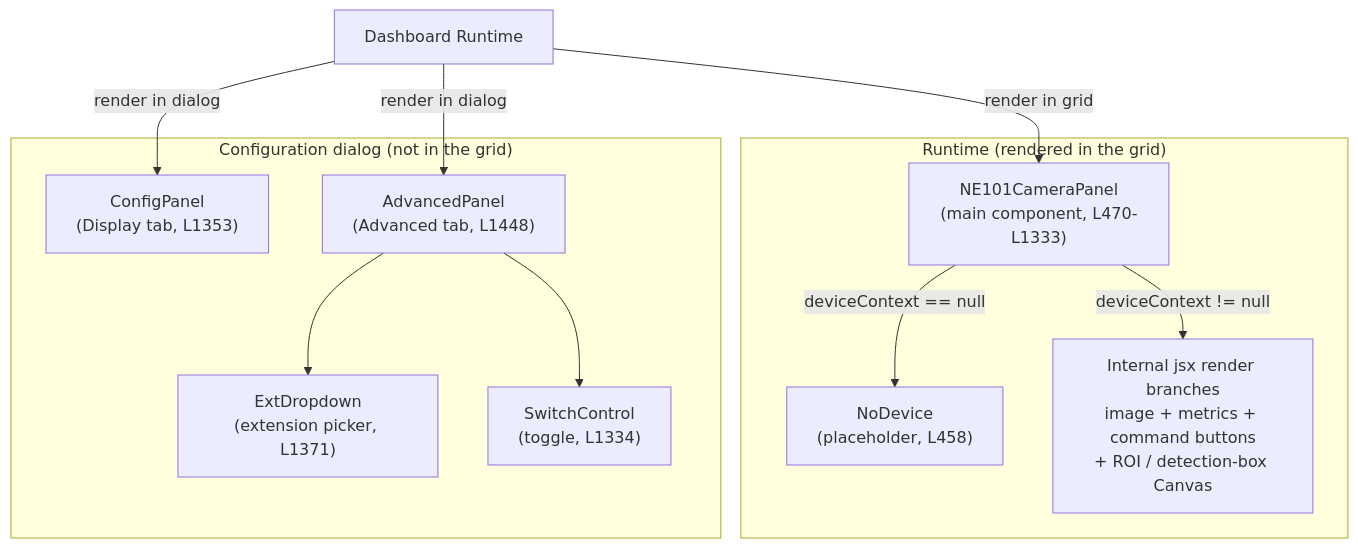
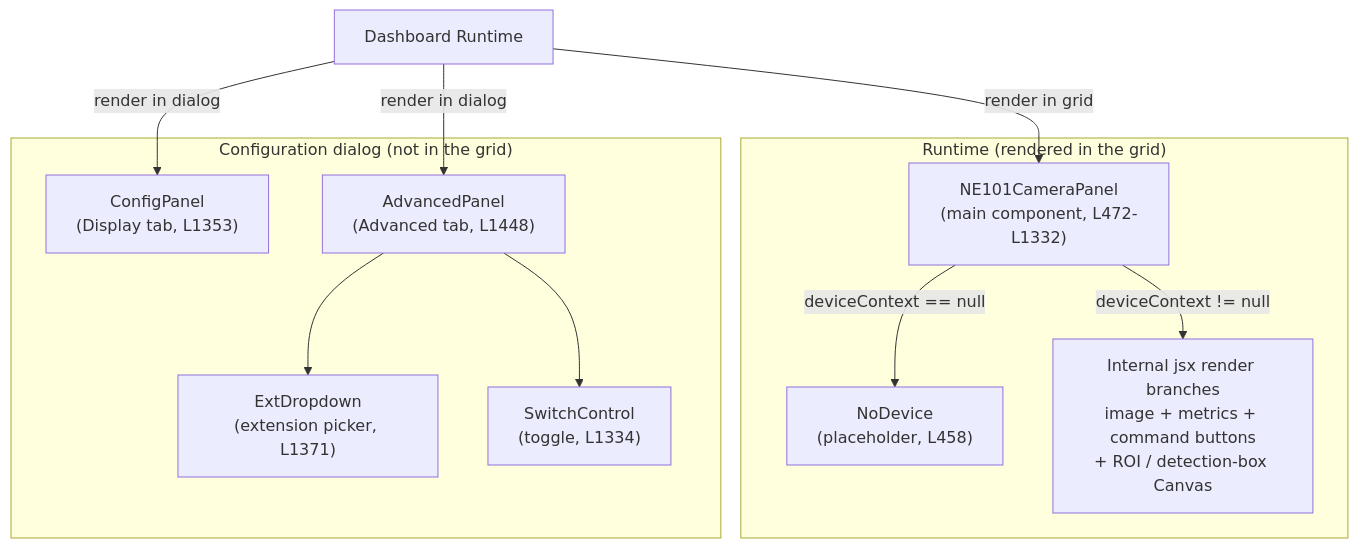
One commit to luommy/wiki-documents changed the second of 3 diagrams in i18n/en/docusaurus-plugin-content-docs/current/0-neomind/developer-guide/case-studies/7-ne101-camera-component/2-architecture.md. Above: the diagram before and after it, drawn with Mermaid. The commit also changed other lines of this file and 10 other files, not shown here.

````diff
--- a/i18n/en/docusaurus-plugin-content-docs/current/0-neomind/developer-guide/case-studies/7-ne101-camera-component/2-architecture.md
+++ b/i18n/en/docusaurus-plugin-content-docs/current/0-neomind/developer-guide/case-studies/7-ne101-camera-component/2-architecture.md
@@ -372,24 +372,24 @@
 ```mermaid
 graph TB
     subgraph RUNTIME["Runtime (rendered in the grid)"]
-        MAIN["NE101CameraPanel<br/>(main component, L470-L1333)"]
+        MAIN["NE101CameraPanel<br/>(main component, L472-L1332)"]
         NODEVICE["NoDevice<br/>(placeholder, L458)"]
         INNER["Internal jsx render branches<br/>image + metrics + command buttons<br/>+ ROI / detection-box Canvas"]
         MAIN -->|"deviceContext == null"| NODEVICE
         MAIN -->|"deviceContext != null"| INNER
     end
 
     subgraph CONFIG["Configuration dialog (not in the grid)"]
         CFG["ConfigPanel<br/>(Display tab, L1353)"]
         ADV["AdvancedPanel<br/>(Advanced tab, L1448)"]
         DD["ExtDropdown<br/>(extension picker, L1371)"]
         SW["SwitchControl<br/>(toggle, L1334)"]
         ADV --> DD
         ADV --> SW
     end
 
     HOST["Dashboard Runtime"]
     HOST -->|"render in grid"| MAIN
     HOST -->|"render in dialog"| CFG
     HOST -->|"render in dialog"| ADV
 ```
````
